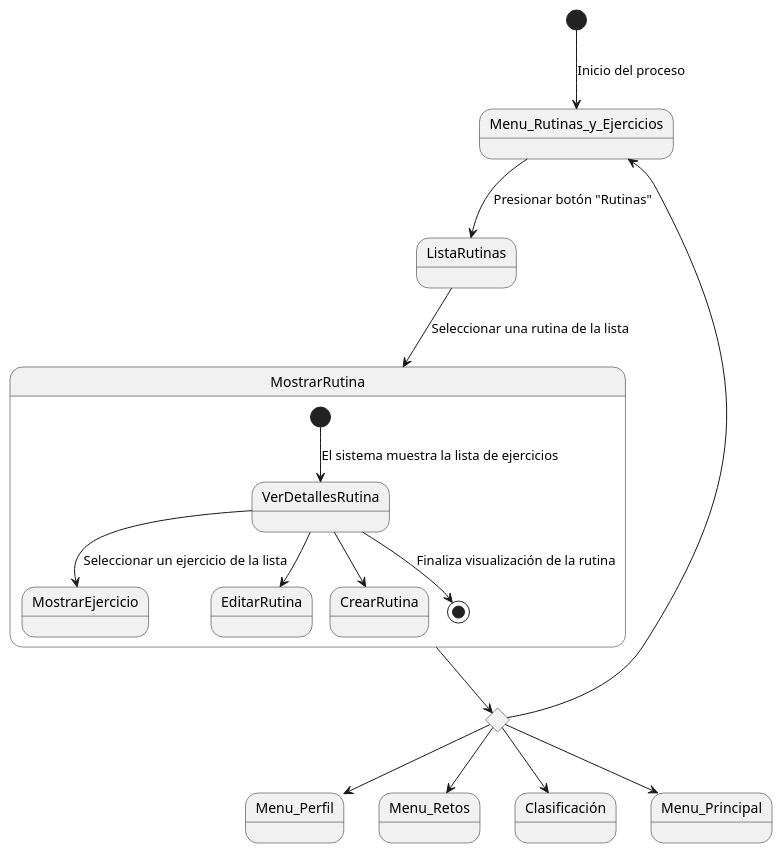
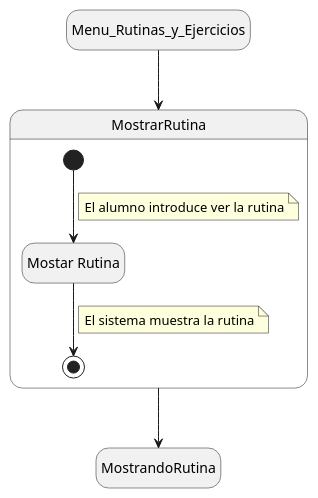
One commit to mmasias/24-25-IdSw1-SDR changed the diagram in Documentos/DetallarCasosDeUso/Alumno/MostrarRutina.puml. Above: the diagram before and after it, drawn with PlantUML.

```diff
--- a/Documentos/DetallarCasosDeUso/Alumno/MostrarRutina.puml
+++ b/Documentos/DetallarCasosDeUso/Alumno/MostrarRutina.puml
@@ -1,21 +1,22 @@
 @startuml
-[*] --> Menu_Rutinas_y_Ejercicios : Inicio del proceso
-state rombo <<choice>>
-rombo --> Menu_Perfil
-rombo --> Menu_Retos
-rombo --> Clasificación
-rombo --> Menu_Rutinas_y_Ejercicios
-rombo --> Menu_Principal
 
-Menu_Rutinas_y_Ejercicios --> ListaRutinas : Presionar botón "Rutinas"
-ListaRutinas --> MostrarRutina : Seleccionar una rutina de la lista
-MostrarRutina --> rombo
+hide empty description
+
+state Menu_Rutinas_y_Ejercicios
+state MostrandoRutina
 
 state MostrarRutina {
-  [*] -->VerDetallesRutina : El sistema muestra la lista de ejercicios
-  VerDetallesRutina --> MostrarEjercicio : Seleccionar un ejercicio de la lista
-  VerDetallesRutina --> EditarRutina
-  VerDetallesRutina --> CrearRutina
-  VerDetallesRutina --> [*] : Finaliza visualización de la rutina
+  state VerRutina as "Mostar Rutina"
+  [*] --> VerRutina
+  note on link
+    El alumno introduce ver la rutina
+  end note
+  VerRutina --> [*]
+  note on link
+    El sistema muestra la rutina
+  end note
 }
+
+Menu_Rutinas_y_Ejercicios --> MostrarRutina
+MostrarRutina --> MostrandoRutina
 @enduml
```
